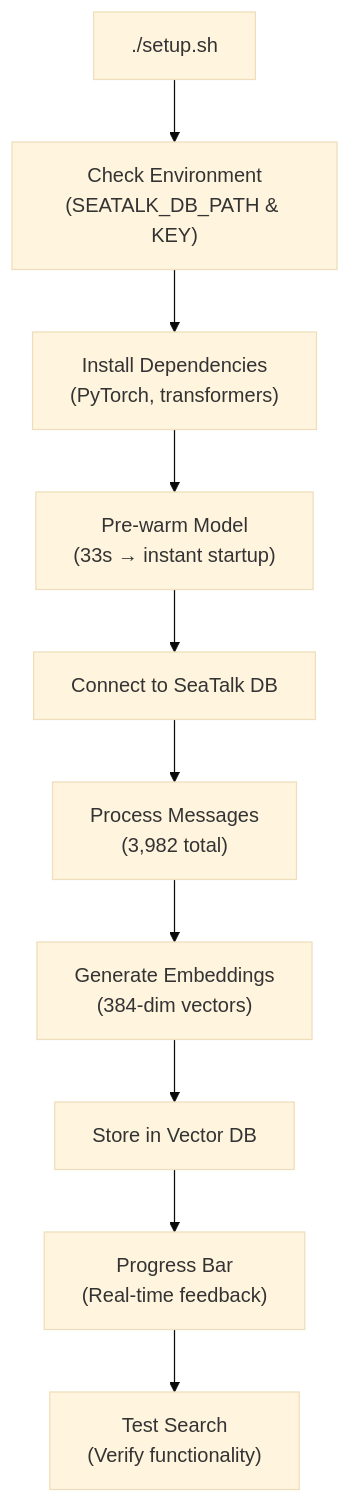
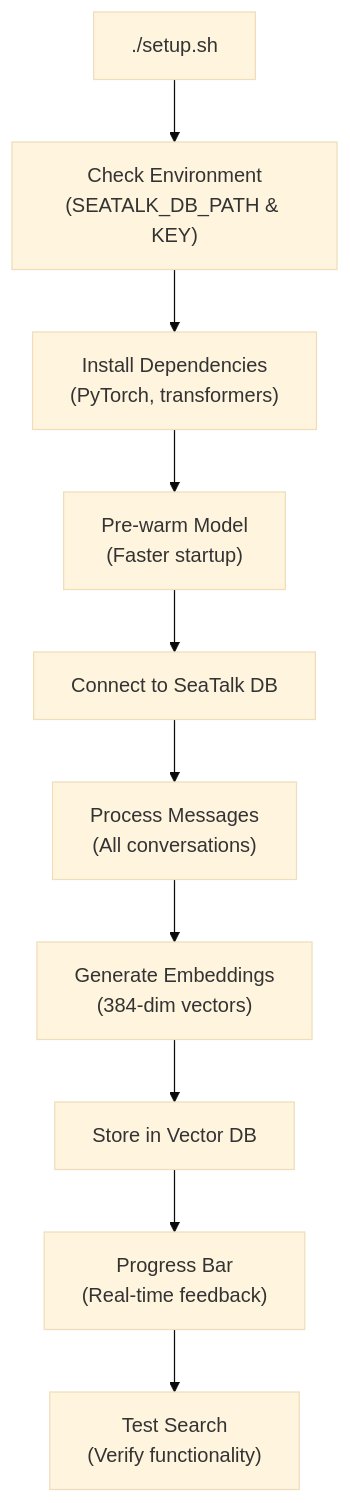
One commit to agentcluck77/msg-vector-search changed the third of 4 diagrams in README.md. Above: the diagram before and after it, drawn with Mermaid (base theme). The commit also changed other lines of this file, not shown here.

Commit message:
docs: Fix database key info and remove development-specific numbers from diagrams

````diff
--- a/README.md
+++ b/README.md
@@ -181,12 +169,12 @@
 ```mermaid
 graph TD
     A["./setup.sh"] --> B["Check Environment<br/>(SEATALK_DB_PATH & KEY)"]
     B --> C["Install Dependencies<br/>(PyTorch, transformers)"]
-    C --> D["Pre-warm Model<br/>(33s → instant startup)"]
+    C --> D["Pre-warm Model<br/>(Faster startup)"]
     D --> E["Connect to SeaTalk DB"]
-    E --> F["Process Messages<br/>(3,982 total)"]
+    E --> F["Process Messages<br/>(All conversations)"]
     F --> G["Generate Embeddings<br/>(384-dim vectors)"]
     G --> H["Store in Vector DB"]
     H --> I["Progress Bar<br/>(Real-time feedback)"]
     I --> J["Test Search<br/>(Verify functionality)"]
 ```
````
